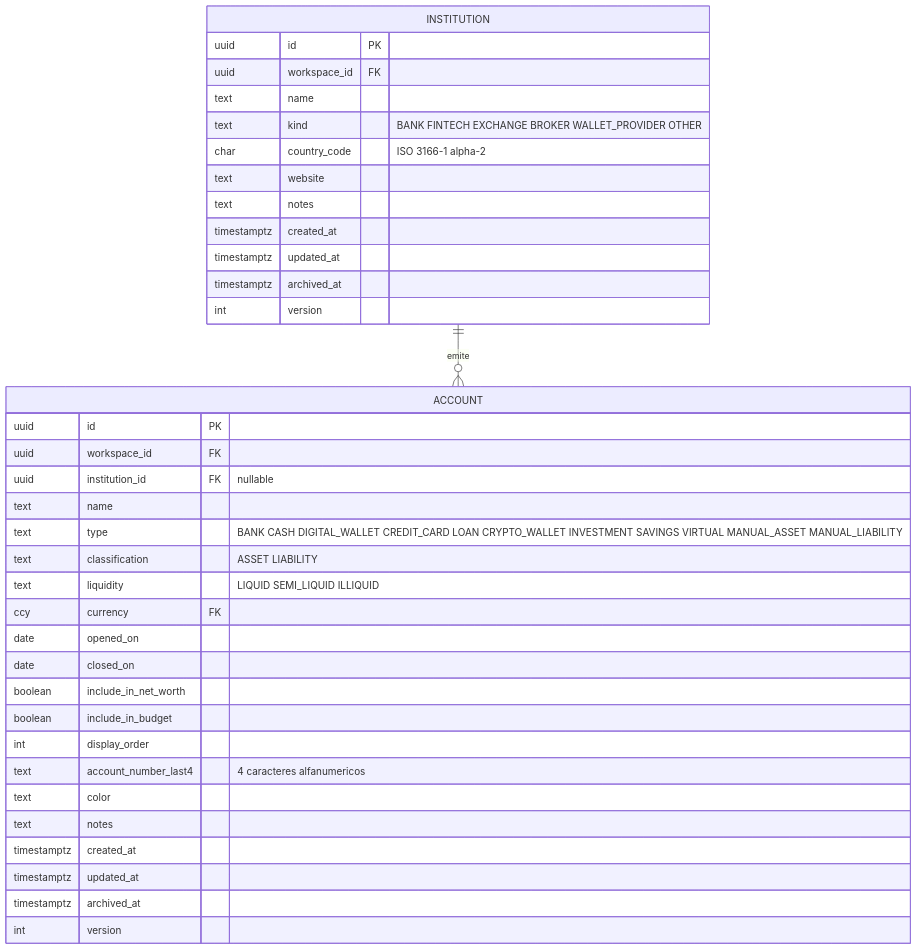
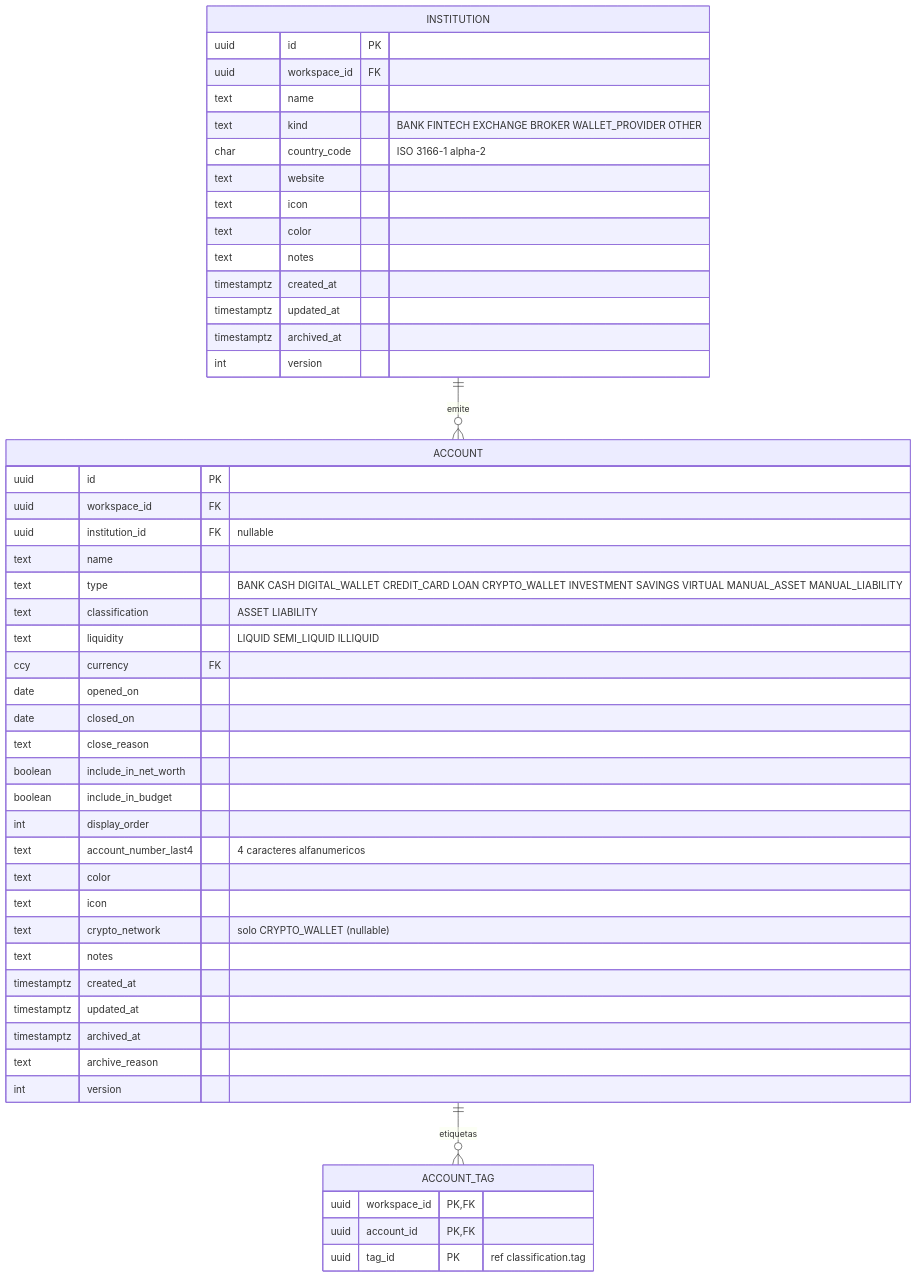
One commit to manuXD270516/personal-finances changed the fourth of 21 diagrams in docs/08-data-model.md. Above: the diagram before and after it, drawn with Mermaid. The commit also changed other lines of this file and 34 other files, not shown here.

````diff
--- a/docs/08-data-model.md
+++ b/docs/08-data-model.md
@@ -279,39 +280,51 @@
 ```mermaid
 erDiagram
   INSTITUTION ||--o{ ACCOUNT : "emite"
+  ACCOUNT ||--o{ ACCOUNT_TAG : "etiquetas"
   INSTITUTION {
     uuid id PK
     uuid workspace_id FK
     text name
     text kind "BANK FINTECH EXCHANGE BROKER WALLET_PROVIDER OTHER"
     char country_code "ISO 3166-1 alpha-2"
     text website
+    text icon
+    text color
     text notes
     timestamptz created_at
     timestamptz updated_at
     timestamptz archived_at
     int version
   }
   ACCOUNT {
     uuid id PK
     uuid workspace_id FK
     uuid institution_id FK "nullable"
     text name
     text type "BANK CASH DIGITAL_WALLET CREDIT_CARD LOAN CRYPTO_WALLET INVESTMENT SAVINGS VIRTUAL MANUAL_ASSET MANUAL_LIABILITY"
     text classification "ASSET LIABILITY"
     text liquidity "LIQUID SEMI_LIQUID ILLIQUID"
     ccy currency FK
     date opened_on
     date closed_on
+    text close_reason
     boolean include_in_net_worth
     boolean include_in_budget
     int display_order
     text account_number_last4 "4 caracteres alfanumericos"
     text color
+    text icon
+    text crypto_network "solo CRYPTO_WALLET (nullable)"
     text notes
     timestamptz created_at
     timestamptz updated_at
     timestamptz archived_at
+    text archive_reason
     int version
   }
+  ACCOUNT_TAG {
+    uuid workspace_id PK, FK
+    uuid account_id PK, FK
+    uuid tag_id PK "ref classification.tag"
+  }
 ```
````
